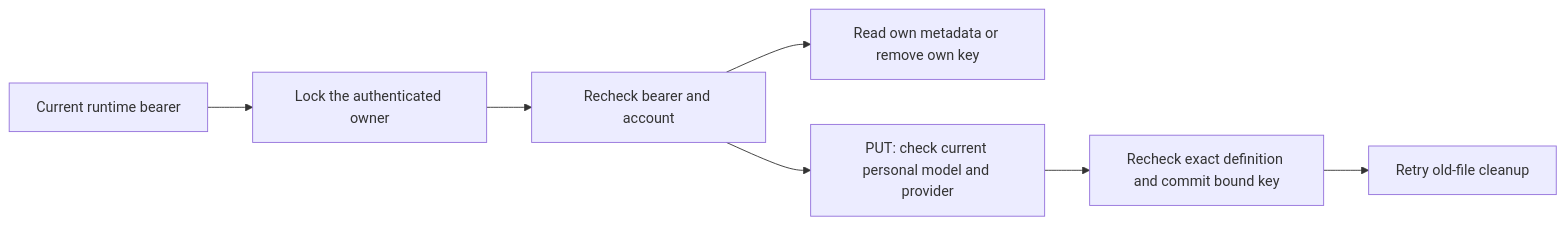
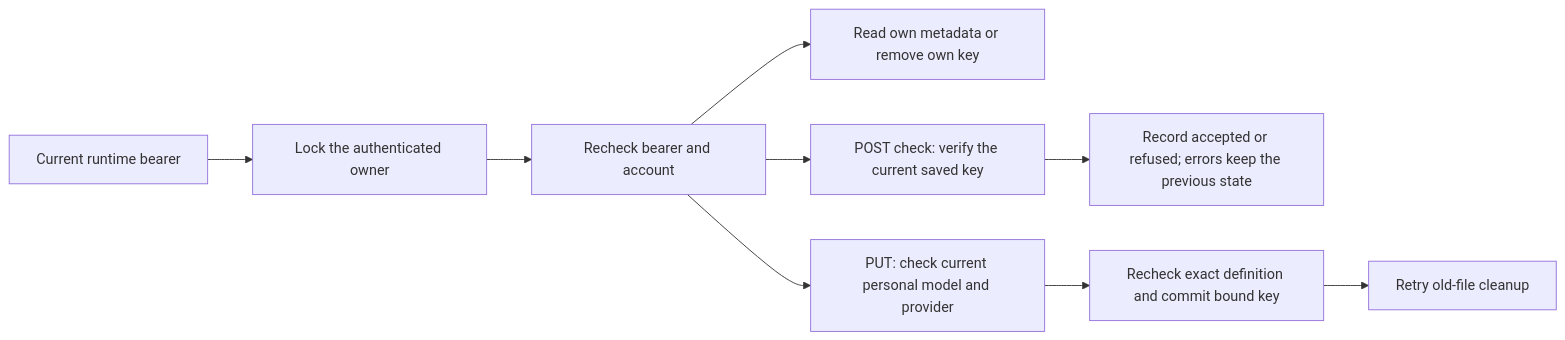
Before and after one commit to OsamaFelFel/keeplane: the diagram in tests/integration/runtime-provider-key-cases.md, drawn with Mermaid. The commit also changed 14 other files, not shown here.

````diff
--- a/tests/integration/runtime-provider-key-cases.md
+++ b/tests/integration/runtime-provider-key-cases.md
@@ -7,9 +7,11 @@
 ```mermaid
 flowchart LR
   CLI[Current runtime bearer] --> L[Lock the authenticated owner]
   L --> A[Recheck bearer and account]
   A --> S[Read own metadata or remove own key]
   A --> P[PUT: check current personal model and provider]
+  A --> V[POST check: verify the current saved key]
+  V --> R[Record accepted or refused; errors keep the previous state]
   P --> B[Recheck exact definition and commit bound key]
   B --> C[Retry old-file cleanup]
 ```
````
